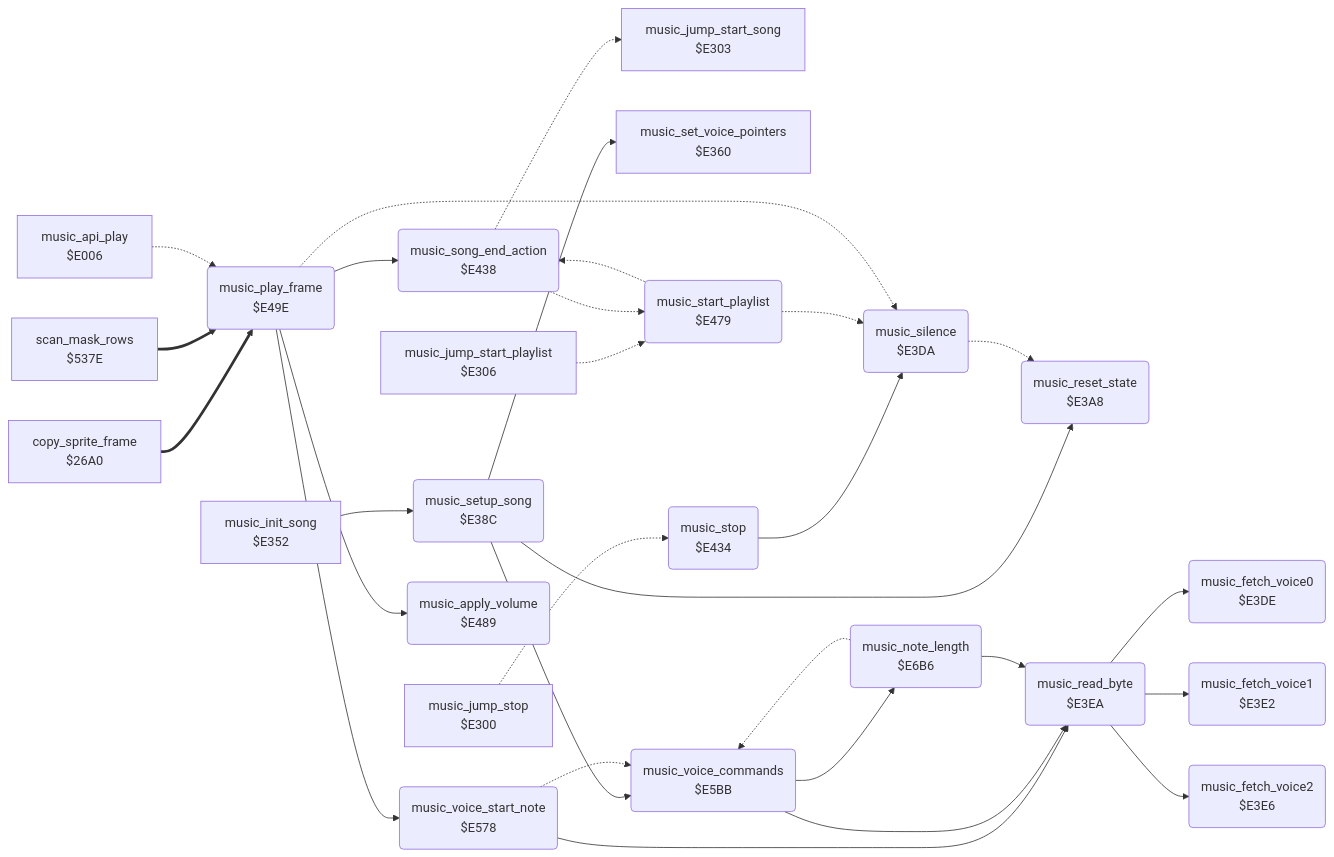
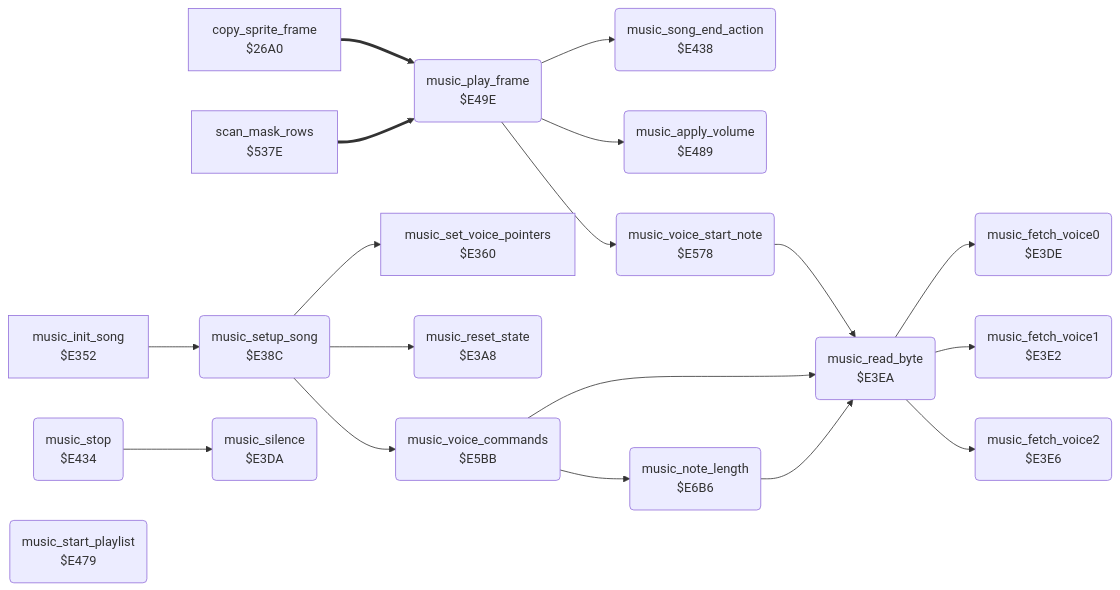
The diagram in bruce_lee/docs/reference/modules/music/music_player_e38c.md (henols/c64_games), drawn with Mermaid before and after one commit. The commit also changed other lines of this file and 236 other files, not shown here.

````diff
--- a/bruce_lee/docs/reference/modules/music/music_player_e38c.md
+++ b/bruce_lee/docs/reference/modules/music/music_player_e38c.md
@@ -10,54 +47,39 @@
 ```mermaid
 flowchart LR
   n26a0["copy_sprite_frame<br/>$26A0"]
   n537e["scan_mask_rows<br/>$537E"]
-  ne006["music_api_play<br/>$E006"]
-  ne300["music_jump_stop<br/>$E300"]
-  ne303["music_jump_start_song<br/>$E303"]
-  ne306["music_jump_start_playlist<br/>$E306"]
   ne352["music_init_song<br/>$E352"]
   ne360["music_set_voice_pointers<br/>$E360"]
   ne38c("music_setup_song<br/>$E38C")
   ne3a8("music_reset_state<br/>$E3A8")
   ne3da("music_silence<br/>$E3DA")
   ne3de("music_fetch_voice0<br/>$E3DE")
   ne3e2("music_fetch_voice1<br/>$E3E2")
   ne3e6("music_fetch_voice2<br/>$E3E6")
   ne3ea("music_read_byte<br/>$E3EA")
   ne434("music_stop<br/>$E434")
   ne438("music_song_end_action<br/>$E438")
   ne479("music_start_playlist<br/>$E479")
   ne489("music_apply_volume<br/>$E489")
   ne49e("music_play_frame<br/>$E49E")
   ne578("music_voice_start_note<br/>$E578")
   ne5bb("music_voice_commands<br/>$E5BB")
   ne6b6("music_note_length<br/>$E6B6")
   n26a0 ==> ne49e
   n537e ==> ne49e
-  ne006 -.-> ne49e
-  ne300 -.-> ne434
-  ne306 -.-> ne479
   ne352 --> ne38c
   ne38c --> ne360
   ne38c --> ne3a8
   ne38c --> ne5bb
-  ne3da -.-> ne3a8
   ne3ea --> ne3de
   ne3ea --> ne3e2
   ne3ea --> ne3e6
   ne434 --> ne3da
-  ne438 -.-> ne303
-  ne438 -.-> ne479
-  ne479 -.-> ne3da
-  ne479 -.-> ne438
-  ne49e -.-> ne3da
   ne49e --> ne438
   ne49e --> ne489
   ne49e --> ne578
   ne578 --> ne3ea
-  ne578 -.-> ne5bb
   ne5bb --> ne3ea
   ne5bb --> ne6b6
   ne6b6 --> ne3ea
-  ne6b6 -.-> ne5bb
 ```
````
